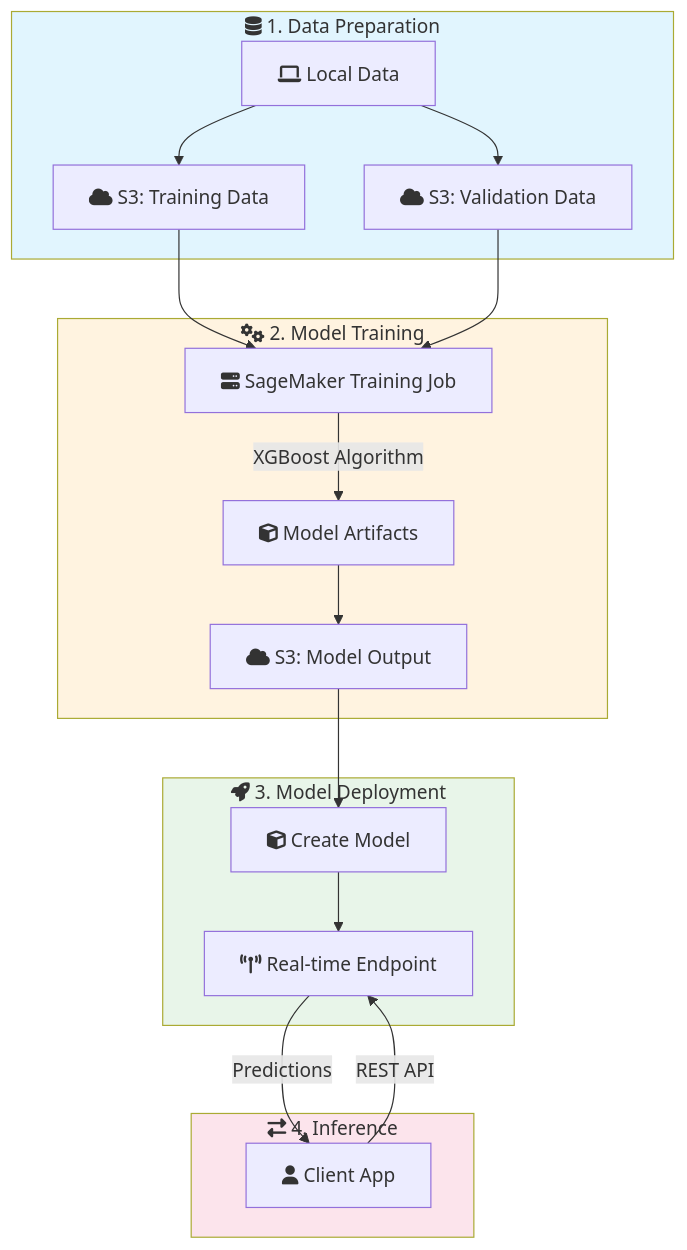
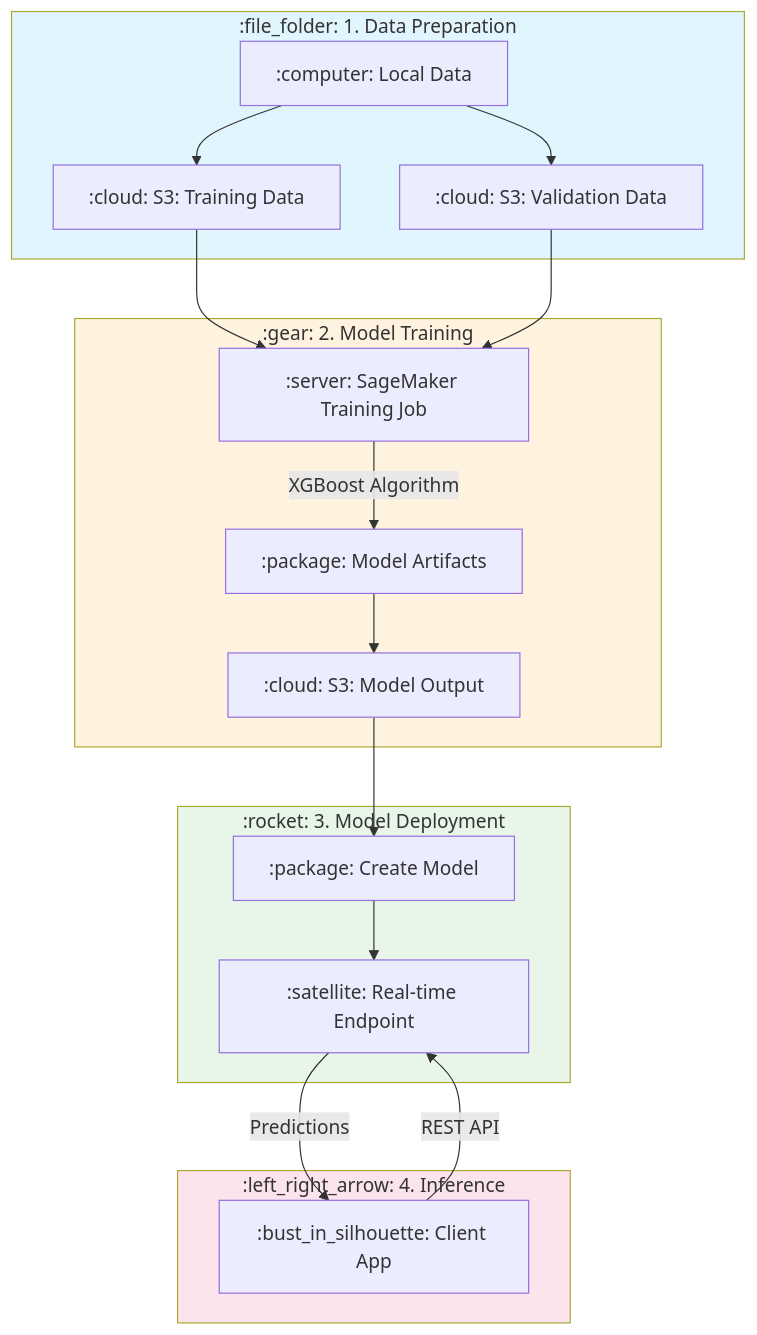
One commit to vinu76jsr/aws-sample-projects changed the first of 2 diagrams in aws-ml-associate-prep/01-sagemaker-basics/LAB.md. Above: the diagram before and after it, drawn with Mermaid. The commit also changed other lines of this file, not shown here.

Commit message:
docs(lab1): Update LAB.md diagrams with emoji shortcodes for github compatibility

````diff
--- a/aws-ml-associate-prep/01-sagemaker-basics/LAB.md
+++ b/aws-ml-associate-prep/01-sagemaker-basics/LAB.md
@@ -14,29 +14,29 @@
 ```mermaid
 flowchart TB
-    subgraph Preparation["fa:fa-database 1. Data Preparation"]
-        Local[fa:fa-laptop Local Data] --> S3Train[fa:fa-cloud S3: Training Data]
-        Local --> S3Val[fa:fa-cloud S3: Validation Data]
+    subgraph Preparation[":file_folder: 1. Data Preparation"]
+        Local[":computer: Local Data"] --> S3Train[":cloud: S3: Training Data"]
+        Local --> S3Val[":cloud: S3: Validation Data"]
     end
 
-    subgraph Training["fa:fa-cogs 2. Model Training"]
-        S3Train --> TrainJob[fa:fa-server SageMaker Training Job]
+    subgraph Training[":gear: 2. Model Training"]
+        S3Train --> TrainJob[":server: SageMaker Training Job"]
         S3Val --> TrainJob
-        TrainJob --> |XGBoost Algorithm| Model[fa:fa-cube Model Artifacts]
-        Model --> S3Model[fa:fa-cloud S3: Model Output]
+        TrainJob --> |XGBoost Algorithm| Model[":package: Model Artifacts"]
+        Model --> S3Model[":cloud: S3: Model Output"]
     end
 
-    subgraph Deployment["fa:fa-rocket 3. Model Deployment"]
-        S3Model --> CreateModel[fa:fa-cube Create Model]
-        CreateModel --> Endpoint[fa:fa-broadcast-tower Real-time Endpoint]
+    subgraph Deployment[":rocket: 3. Model Deployment"]
+        S3Model --> CreateModel[":package: Create Model"]
+        CreateModel --> Endpoint[":satellite: Real-time Endpoint"]
     end
 
-    subgraph Inference["fa:fa-exchange-alt 4. Inference"]
-        Client[fa:fa-user Client App] --> |REST API| Endpoint
+    subgraph Inference[":left_right_arrow: 4. Inference"]
+        Client[":bust_in_silhouette: Client App"] --> |REST API| Endpoint
         Endpoint --> |Predictions| Client
     end
 
     style Preparation fill:#e1f5fe
     style Training fill:#fff3e0
     style Deployment fill:#e8f5e9
     style Inference fill:#fce4ec
 ```
````
